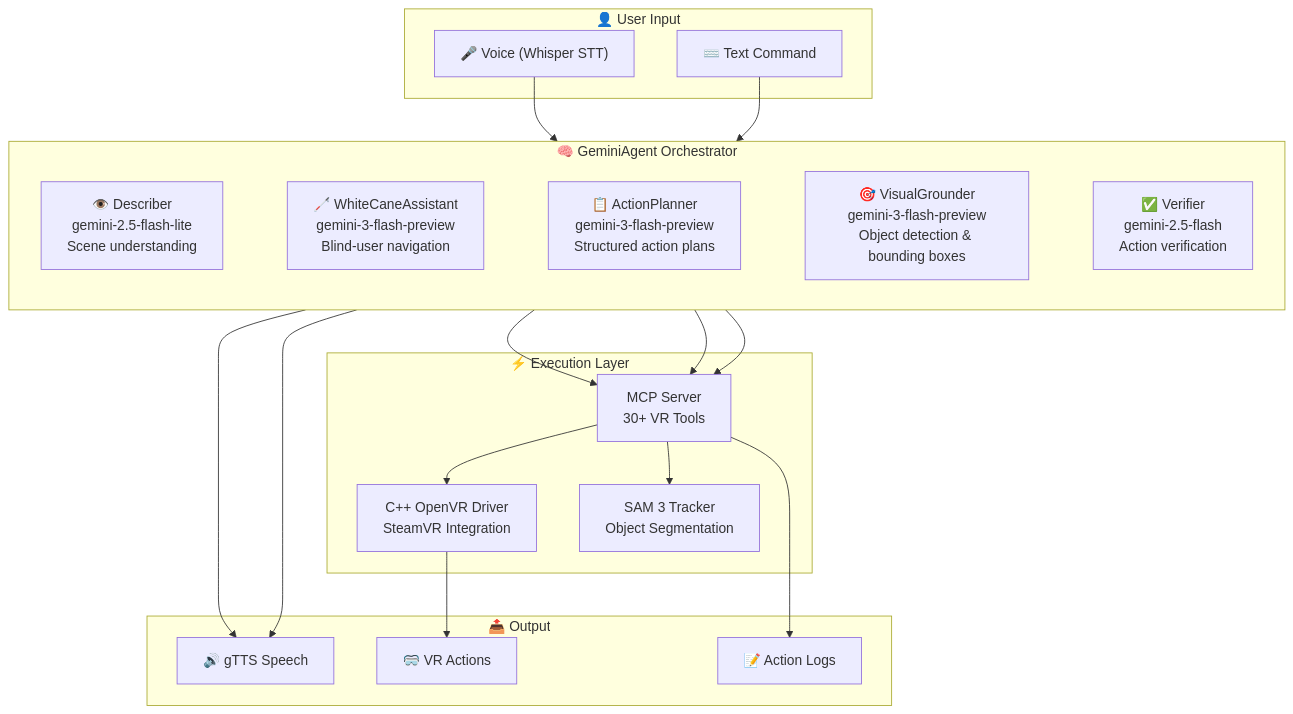
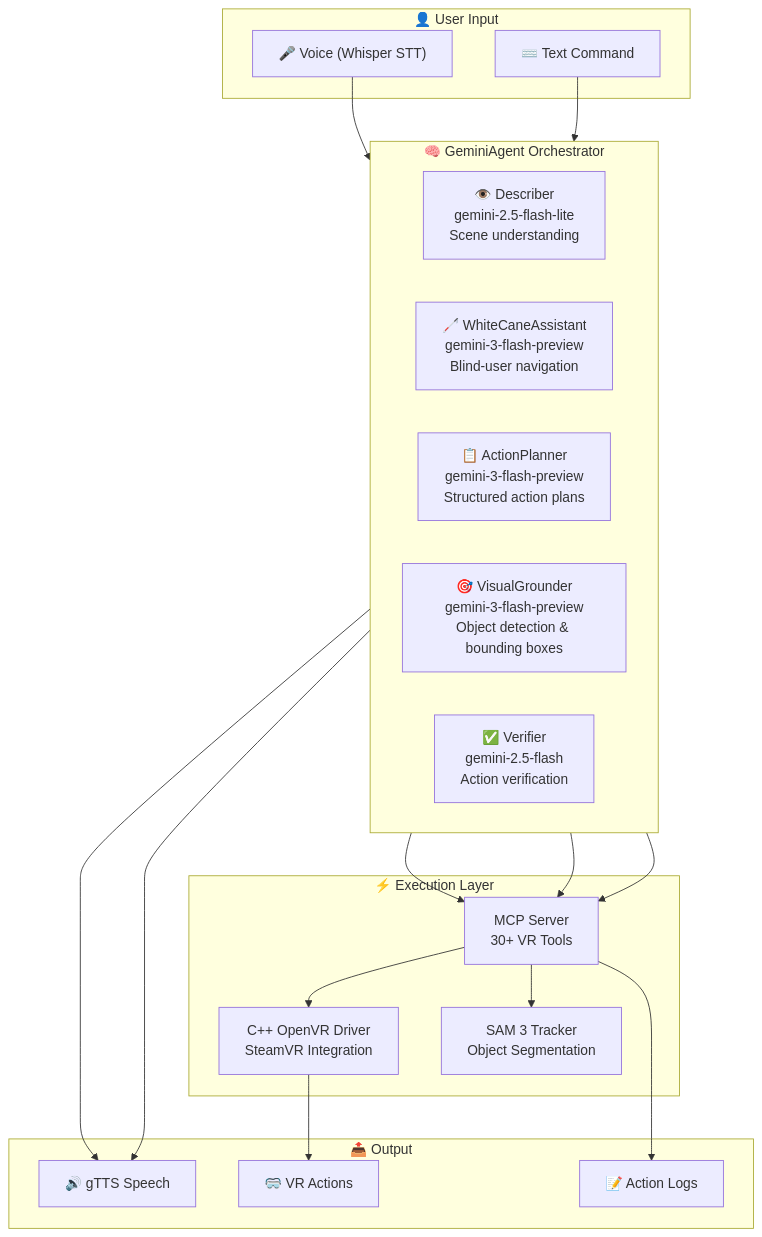
Before and after one commit to ar-zadeh/GEMINI_Comp_VR: the first of 2 diagrams in Readme.md, drawn with Mermaid.

Commit message:
Clean up connections in Execution Layer
Removed unused connections in the Execution Layer.

````diff
--- a/Readme.md
+++ b/Readme.md
@@ -76,41 +76,40 @@
 ```mermaid
 flowchart TB
     subgraph User["👤 User Input"]
         voice["🎤 Voice (Whisper STT)"]
         text["⌨️ Text Command"]
     end
 
     subgraph Orchestrator["🧠 GeminiAgent Orchestrator"]
         direction LR
         describer["👁️ Describer<br/>gemini-2.5-flash-lite<br/>Scene understanding"]
         whitecane["🦯 WhiteCaneAssistant<br/>gemini-3-flash-preview<br/>Blind-user navigation"]
         planner["📋 ActionPlanner<br/>gemini-3-flash-preview<br/>Structured action plans"]
         grounding["🎯 VisualGrounder<br/>gemini-3-flash-preview<br/>Object detection & bounding boxes"]
         verifier["✅ Verifier<br/>gemini-2.5-flash<br/>Action verification"]
-        describer ~~~ whitecane ~~~ planner ~~~ grounding ~~~ verifier
     end
 
 
     subgraph Execution["⚡ Execution Layer"]
         mcp["MCP Server<br>30+ VR Tools"]
         driver["C++ OpenVR Driver<br>SteamVR Integration"]
         tracker["SAM 3 Tracker<br>Object Segmentation"]
     end
 
     subgraph Output["📤 Output"]
         tts["🔊 gTTS Speech"]
         vr["🥽 VR Actions"]
         logs["📝 Action Logs"]
     end
 
     voice --> Orchestrator
     text --> Orchestrator
     planner --> mcp
     grounding --> mcp
     verifier --> mcp
     describer --> tts
     whitecane --> tts
     mcp --> driver --> vr
     mcp --> tracker
     mcp --> logs
 ```
````
